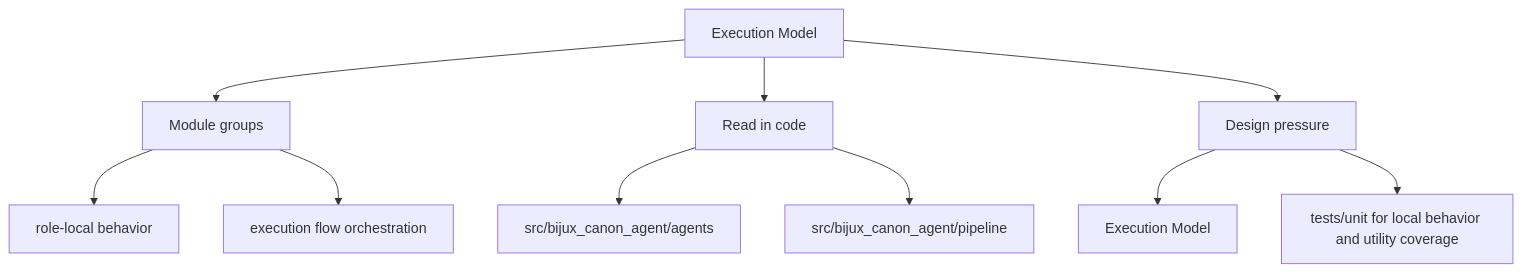
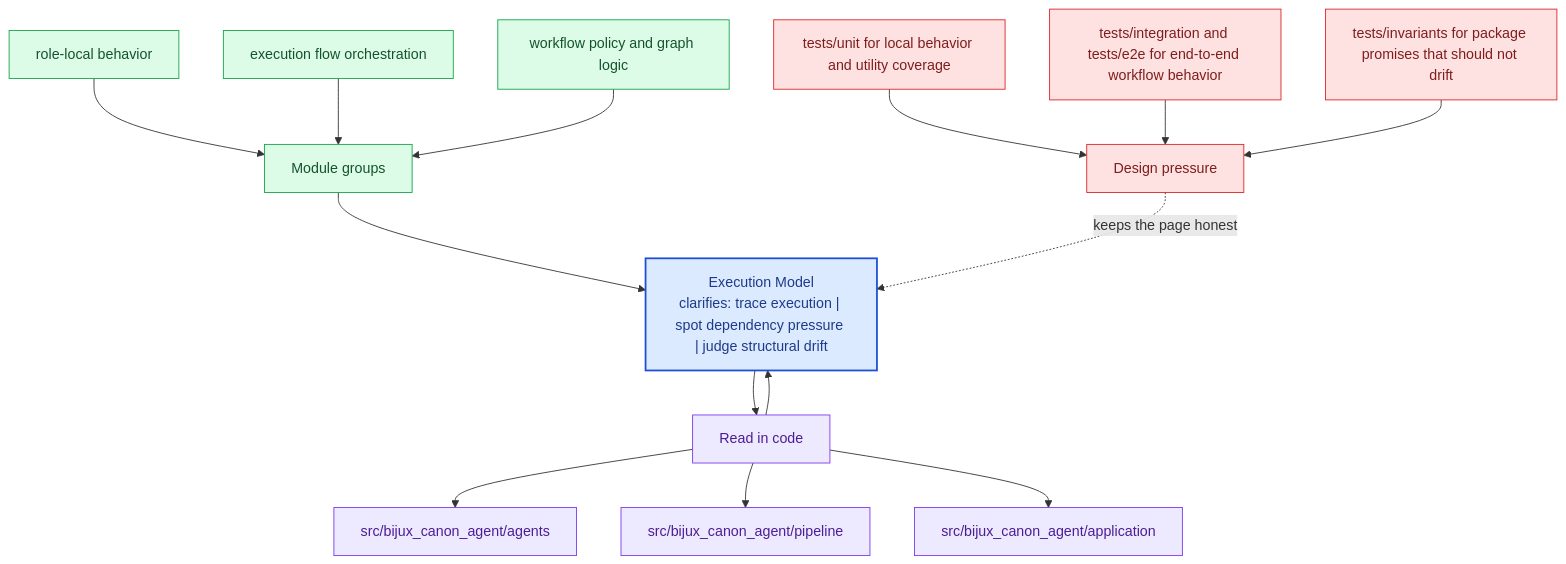
The second of 2 diagrams in docs/bijux-canon-agent/architecture/execution-model.md (bijux/bijux-canon), drawn with Mermaid before and after one commit. The commit also changed other lines of this file and 281 other files, not shown here.

Commit message:
docs(diagrams): deepen handbook mermaid maps across the catalog

````diff
--- a/docs/bijux-canon-agent/architecture/execution-model.md
+++ b/docs/bijux-canon-agent/architecture/execution-model.md
@@ -36,22 +69,40 @@
 ```mermaid
-flowchart TD
-    page["Execution Model"]
+flowchart TB
+    promise["Execution Model<br/>clarifies: trace execution | spot dependency pressure | judge structural drift"]
+    classDef promise fill:#dbeafe,stroke:#1d4ed8,color:#1e3a8a,stroke-width:2px;
+    classDef driver fill:#dcfce7,stroke:#16a34a,color:#14532d;
+    classDef constraint fill:#fee2e2,stroke:#dc2626,color:#7f1d1d;
+    classDef ground fill:#ede9fe,stroke:#7c3aed,color:#4c1d95;
     focus1["Module groups"]
-    page --> focus1
+    focus1 --> promise
     focus1_1["role-local behavior"]
-    focus1 --> focus1_1
+    focus1_1 --> focus1
     focus1_2["execution flow orchestration"]
-    focus1 --> focus1_2
+    focus1_2 --> focus1
+    focus1_3["workflow policy and graph logic"]
+    focus1_3 --> focus1
+    class focus1 driver;
+    class focus1_1,focus1_2,focus1_3 driver;
     focus2["Read in code"]
-    page --> focus2
+    focus2 --> promise
+    promise --> focus2
     focus2_1["src/bijux_canon_agent/agents"]
     focus2 --> focus2_1
     focus2_2["src/bijux_canon_agent/pipeline"]
     focus2 --> focus2_2
+    focus2_3["src/bijux_canon_agent/application"]
+    focus2 --> focus2_3
+    class focus2 ground;
+    class focus2_1,focus2_2,focus2_3 ground;
     focus3["Design pressure"]
-    page --> focus3
-    focus3_1["Execution Model"]
-    focus3 --> focus3_1
-    focus3_2["tests/unit for local behavior and utility coverage"]
-    focus3 --> focus3_2
+    focus3 -.keeps the page honest.-> promise
+    focus3_1["tests/unit for local behavior and utility coverage"]
+    focus3_1 --> focus3
+    focus3_2["tests/integration and tests/e2e for end-to-end workflow behavior"]
+    focus3_2 --> focus3
+    focus3_3["tests/invariants for package promises that should not drift"]
+    focus3_3 --> focus3
+    class focus3 constraint;
+    class focus3_1,focus3_2,focus3_3 constraint;
+    class promise promise;
 ```
````
